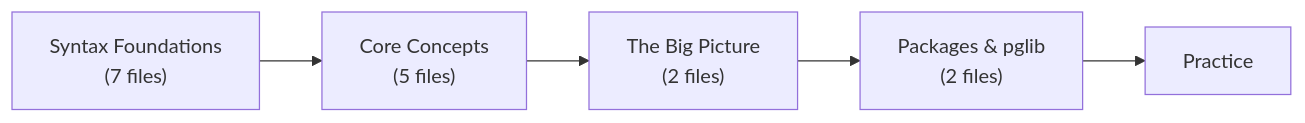
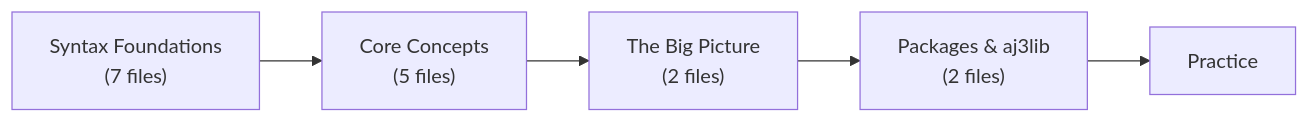
The diagram in docs/user/SPEC-INDEX.md (hasan-alj88/Polyglot), drawn with Mermaid before and after one commit. The commit also changed other lines of this file and 1150 other files, not shown here.

Commit message:
refactor: migrate pglib documentation and core definitions to aj3lib structure

````diff
--- a/docs/user/SPEC-INDEX.md
+++ b/docs/user/SPEC-INDEX.md
@@ -15,10 +15,10 @@
 ```mermaid
 flowchart LR
     P1["Syntax Foundations\n(7 files)"]
     P2["Core Concepts\n(5 files)"]
     P3["The Big Picture\n(2 files)"]
-    P4["Packages & pglib\n(2 files)"]
+    P4["Packages & aj3lib\n(2 files)"]
     P5["Practice"]
 
     P1 --> P2 --> P3 --> P4 --> P5
 ```
````
